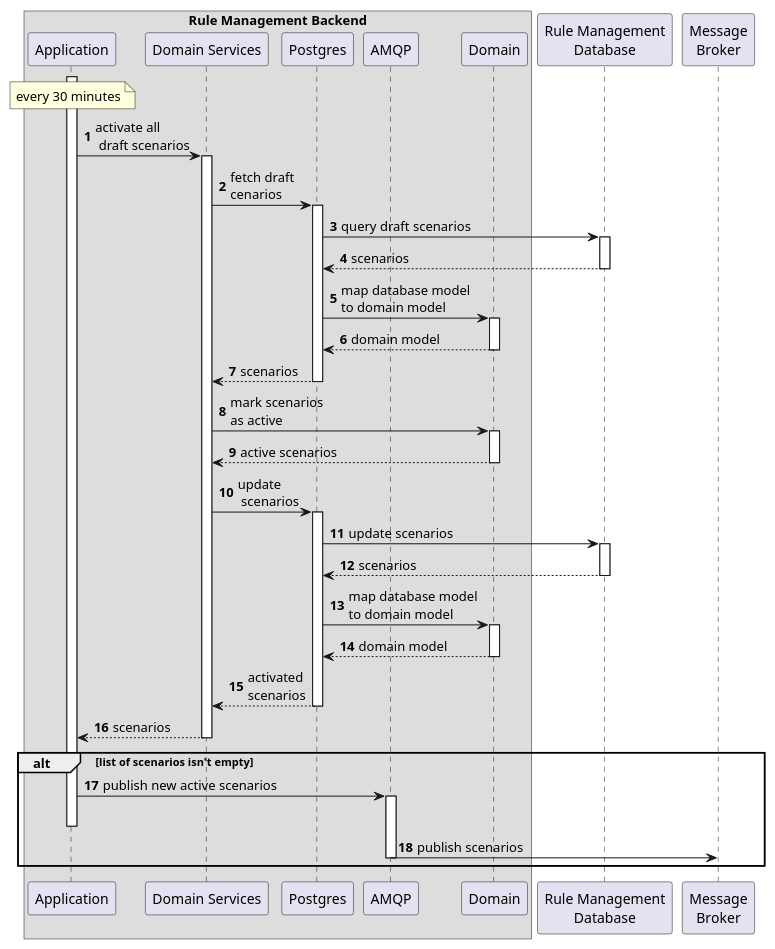
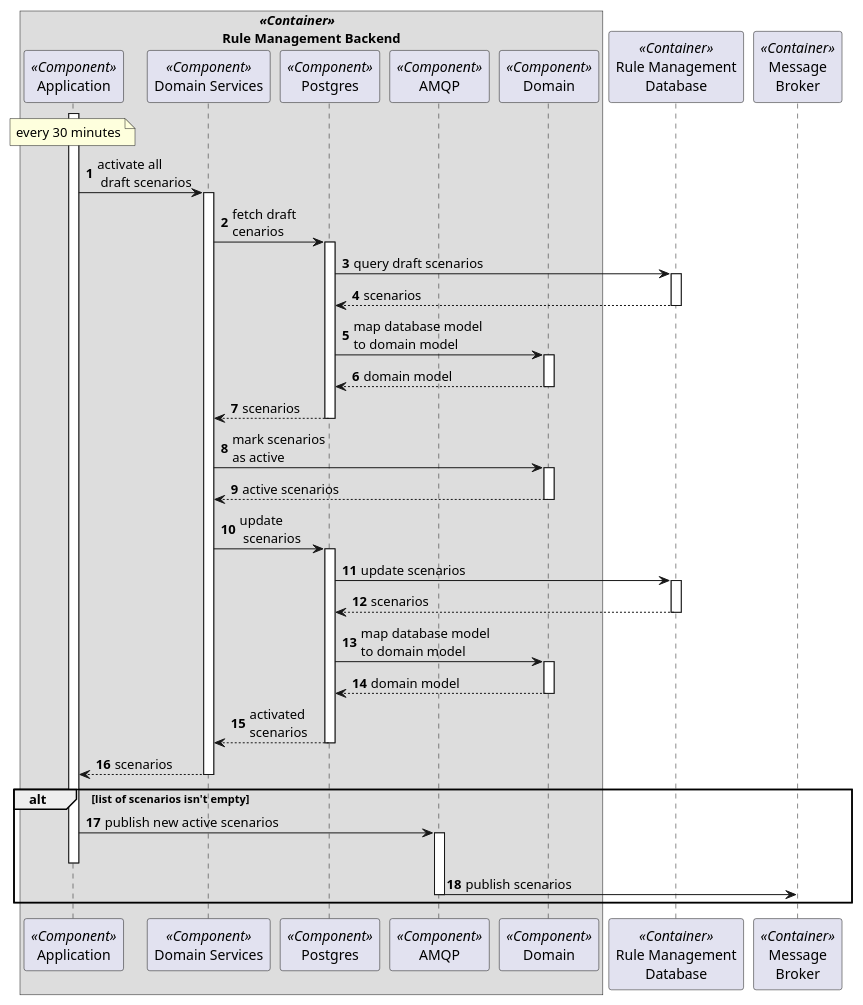
Before and after one commit to FilipeMCruz/dissertation: the diagram in assets/diagrams/design/architectural/level3/process/rule-management-backend.pu, drawn with PlantUML. The commit also changed 165 other files, not shown here.

Commit message:
Fixed level 3 of design and some diagrams here and there

```diff
--- a/assets/diagrams/design/architectural/level3/process/rule-management-backend.pu
+++ b/assets/diagrams/design/architectural/level3/process/rule-management-backend.pu
@@ -1,39 +1,39 @@
 @startuml rule-management-backend
 
 autonumber 1
 
-box "Rule Management Backend"
-participant "Application" as app
-participant "Domain Services" as serv
-participant "Postgres" as postgres
-participant "AMQP" as amqp
-participant "Domain" as dom
+box "           //<<Container>>//\nRule Management Backend"
+participant "Application" as app  <<Component>>
+participant "Domain Services" as serv  <<Component>>
+participant "Postgres" as postgres  <<Component>>
+participant "AMQP" as amqp <<Component>>
+participant "Domain" as dom <<Component>>
 end box
 
-participant "Rule Management\nDatabase" as db
-participant "Message\nBroker" as MB
+participant "Rule Management\nDatabase" as db <<Container>>
+participant "Message\nBroker" as MB <<Container>>
 
 note over app : every 30 minutes
 
 activate app
 app -> serv ++ : activate all\n draft scenarios
 serv -> postgres ++ : fetch draft\ncenarios
 postgres -> db ++ : query draft scenarios
 return scenarios
 postgres -> dom ++ : map database model\nto domain model
 return domain model
 return scenarios
 serv -> dom ++ : mark scenarios\nas active
 return active scenarios
 serv -> postgres ++ : update\n scenarios
 postgres -> db ++ : update scenarios
 return scenarios
 postgres -> dom ++ : map database model\nto domain model
 return domain model
 return activated\nscenarios
 return scenarios
 alt list of scenarios isn't empty
 app -> amqp ++-- : publish new active scenarios
 amqp -> MB -- :publish scenarios
 end
 @enduml
```
